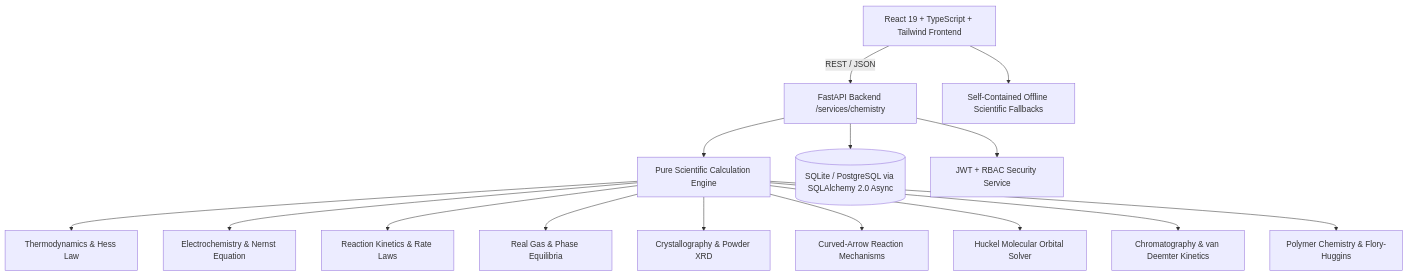
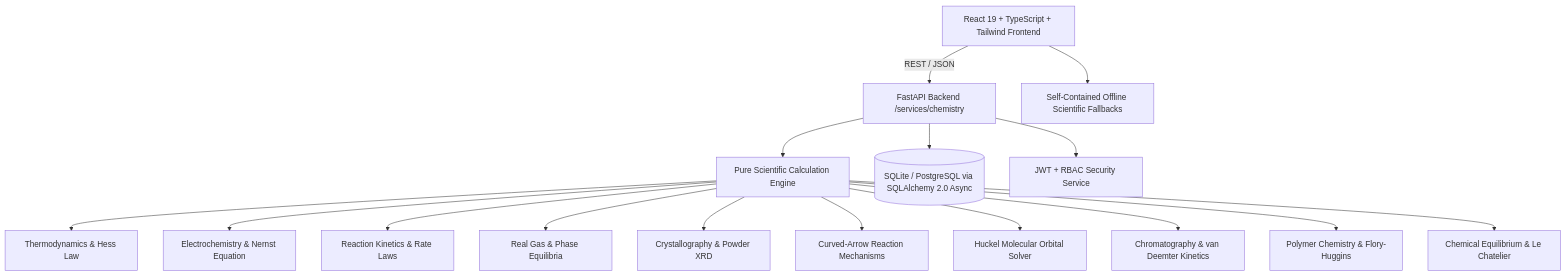
One commit to Gopi2870/Proton-pages changed the first of 2 diagrams in docs/PROJECT_COMPLETION_PLAN.md. Above: the diagram before and after it, drawn with Mermaid. The commit also changed other lines of this file, not shown here.

````diff
--- a/docs/PROJECT_COMPLETION_PLAN.md
+++ b/docs/PROJECT_COMPLETION_PLAN.md
@@ -17,17 +17,18 @@
 ```mermaid
 graph TD
     Client[React 19 + TypeScript + Tailwind Frontend] -->|REST / JSON| Gateway[FastAPI Backend /services/chemistry]
     Gateway --> ChemEngine[Pure Scientific Calculation Engine]
     Gateway --> DB[(SQLite / PostgreSQL via SQLAlchemy 2.0 Async)]
     Gateway --> Auth[JWT + RBAC Security Service]
     ChemEngine --> Thermo[Thermodynamics & Hess Law]
     ChemEngine --> Electro[Electrochemistry & Nernst Equation]
     ChemEngine --> Kinetics[Reaction Kinetics & Rate Laws]
     ChemEngine --> GasLaws[Real Gas & Phase Equilibria]
     ChemEngine --> Cryst[Crystallography & Powder XRD]
     ChemEngine --> Mech[Curved-Arrow Reaction Mechanisms]
     ChemEngine --> Quantum[Huckel Molecular Orbital Solver]
     ChemEngine --> Chrom[Chromatography & van Deemter Kinetics]
     ChemEngine --> Poly[Polymer Chemistry & Flory-Huggins]
+    ChemEngine --> Equil[Chemical Equilibrium & Le Chatelier]
     Client --> ClientFallback[Self-Contained Offline Scientific Fallbacks]
 ```
````
